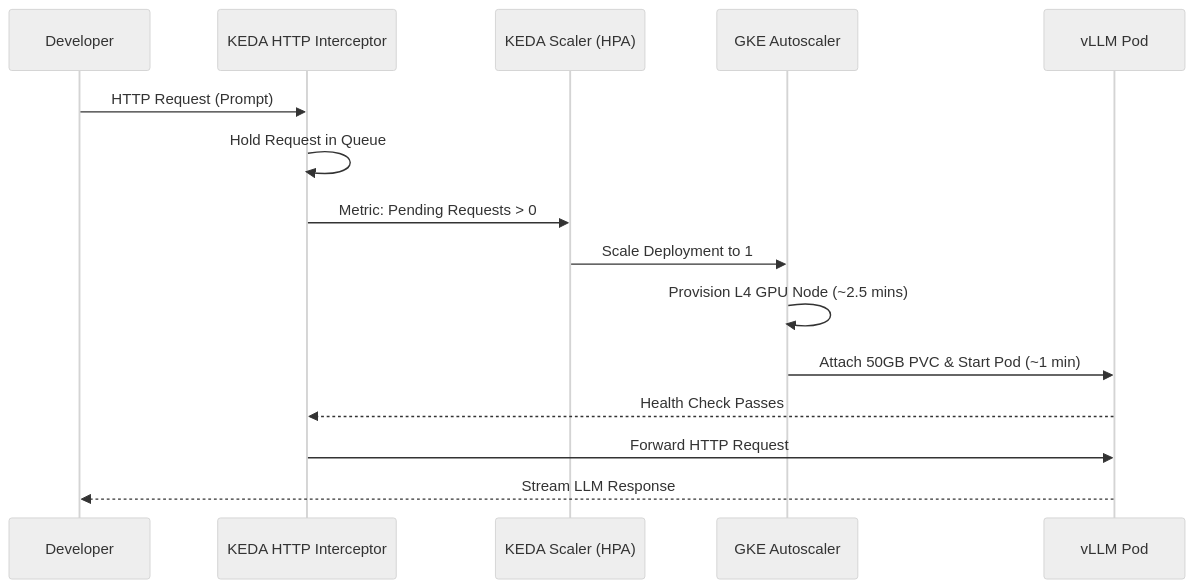
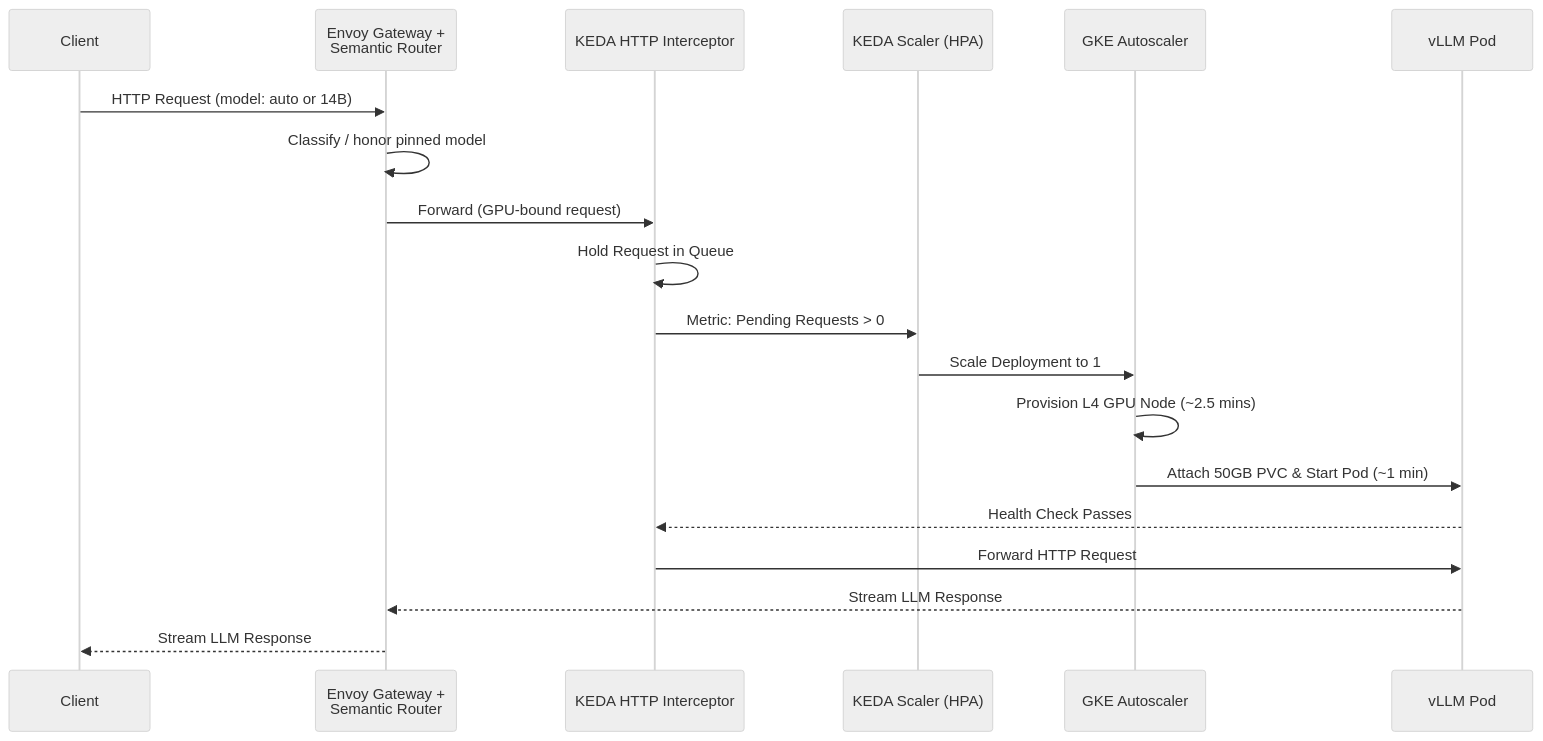
One commit to iheb24/vllm-gke changed the second of 2 diagrams in README.md. Above: the diagram before and after it, drawn with Mermaid (neutral theme). The commit also changed other lines of this file and 3 other files, not shown here.

Commit message:
docs: reflect multi-tier architecture in readme and module docs

````diff
--- a/README.md
+++ b/README.md
@@ -44,18 +44,22 @@
 ```mermaid
 sequenceDiagram
-    participant Developer
+    participant Client
+    participant Gateway as Envoy Gateway +<br/>Semantic Router
     participant KEDA_Proxy as KEDA HTTP Interceptor
     participant HPA as KEDA Scaler (HPA)
     participant GKE as GKE Autoscaler
     participant vLLM as vLLM Pod
 
-    Developer->>KEDA_Proxy: HTTP Request (Prompt)
+    Client->>Gateway: HTTP Request (model: auto or 14B)
+    Gateway->>Gateway: Classify / honor pinned model
+    Gateway->>KEDA_Proxy: Forward (GPU-bound request)
     KEDA_Proxy->>KEDA_Proxy: Hold Request in Queue
     KEDA_Proxy->>HPA: Metric: Pending Requests > 0
     HPA->>GKE: Scale Deployment to 1
     GKE->>GKE: Provision L4 GPU Node (~2.5 mins)
     GKE->>vLLM: Attach 50GB PVC & Start Pod (~1 min)
     vLLM-->>KEDA_Proxy: Health Check Passes
     KEDA_Proxy->>vLLM: Forward HTTP Request
-    vLLM-->>Developer: Stream LLM Response
+    vLLM-->>Gateway: Stream LLM Response
+    Gateway-->>Client: Stream LLM Response
 ```
````
